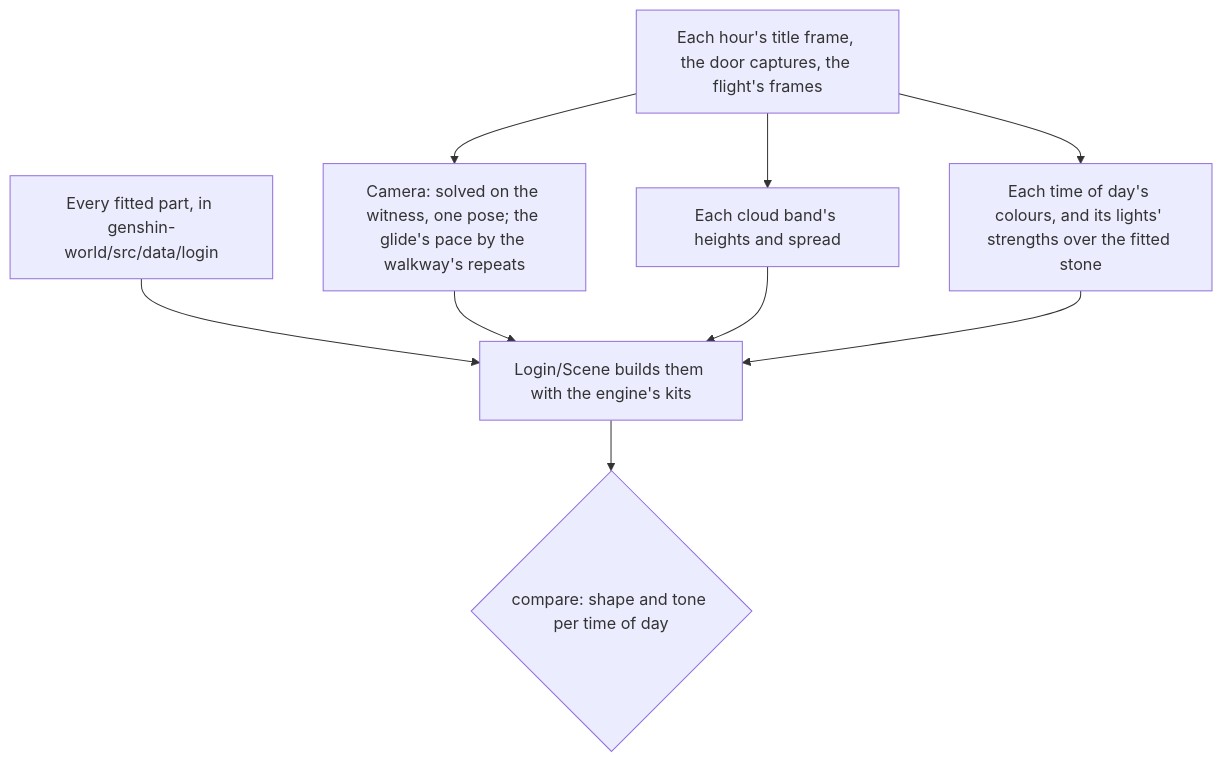
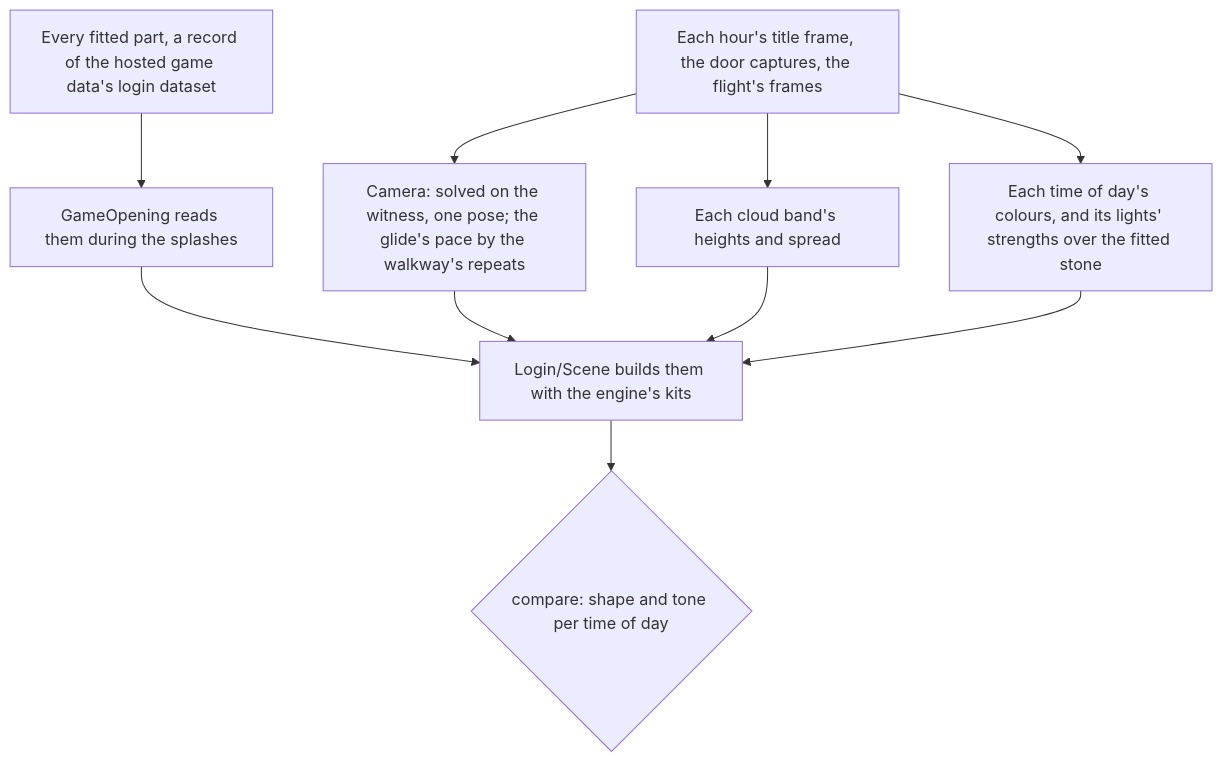
One commit to Esposter/Esposter changed the second of 2 diagrams in apps/web/content/docs/genshin/login-screen.md. Above: the diagram before and after it, drawn with Mermaid. The commit also changed other lines of this file and 7 other files, not shown here.

First line of the commit message:
docs(genshin): the opening reads its title logo and the login's records from the hosted game data, and each screen's rects are its published record

````diff
--- a/apps/web/content/docs/genshin/login-screen.md
+++ b/apps/web/content/docs/genshin/login-screen.md
@@ -36,11 +37,12 @@
 ```mermaid
 flowchart TD
-  DATA["Every fitted part, in genshin-world/src/data/login"] --> SCENE[Login/Scene builds them with the engine's kits]
+  DATA["Every fitted part, a record of the hosted game data's login dataset"] --> READ["GameOpening reads them during the splashes"]
+  READ --> SCENE[Login/Scene builds them with the engine's kits]
   REF[Each hour's title frame, the door captures, the flight's frames] --> CAM["Camera: solved on the witness, one pose; the glide's pace by the walkway's repeats"]
   REF --> BANDS[Each cloud band's heights and spread]
   REF --> LIGHT["Each time of day's colours, and its lights' strengths over the fitted stone"]
   CAM --> SCENE
   BANDS --> SCENE
   LIGHT --> SCENE
   SCENE --> SCORE{compare: shape and tone per time of day}
 ```
````
